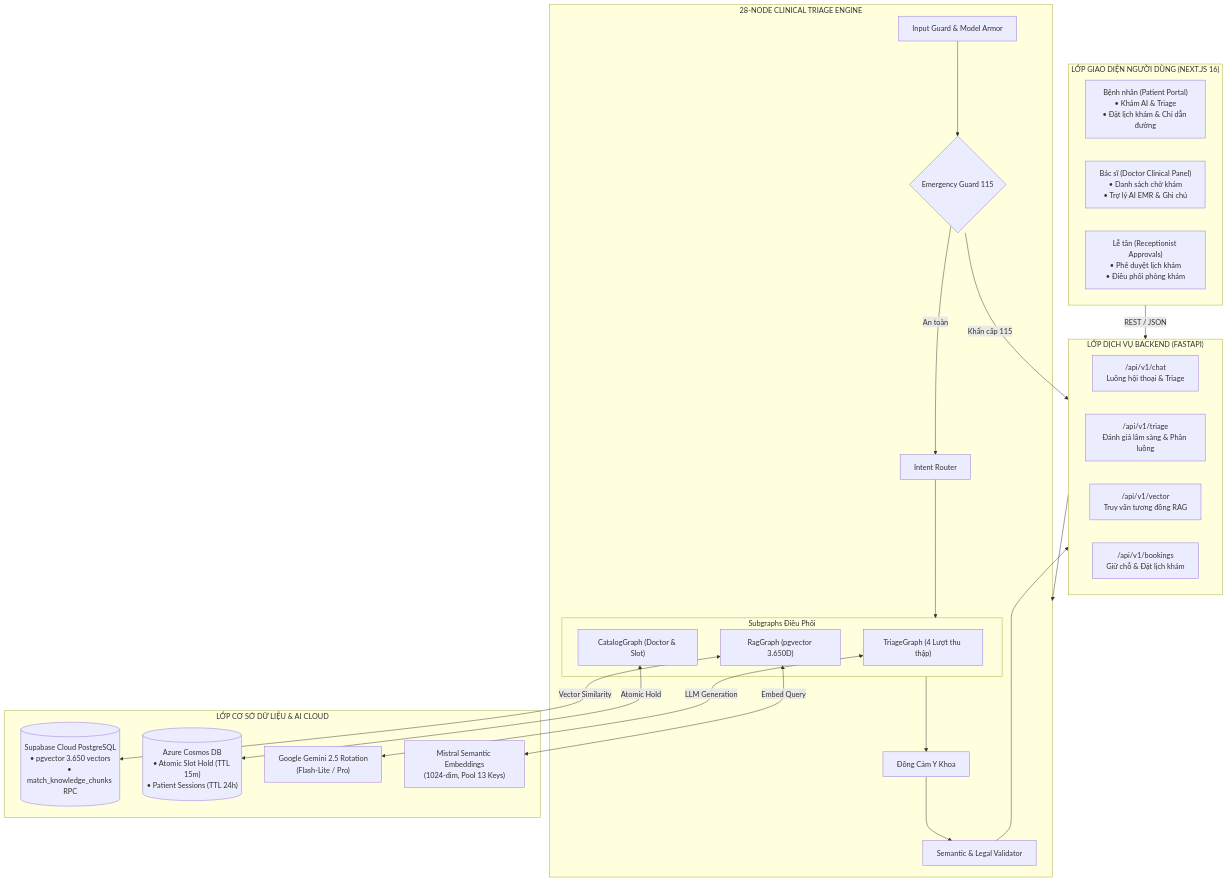
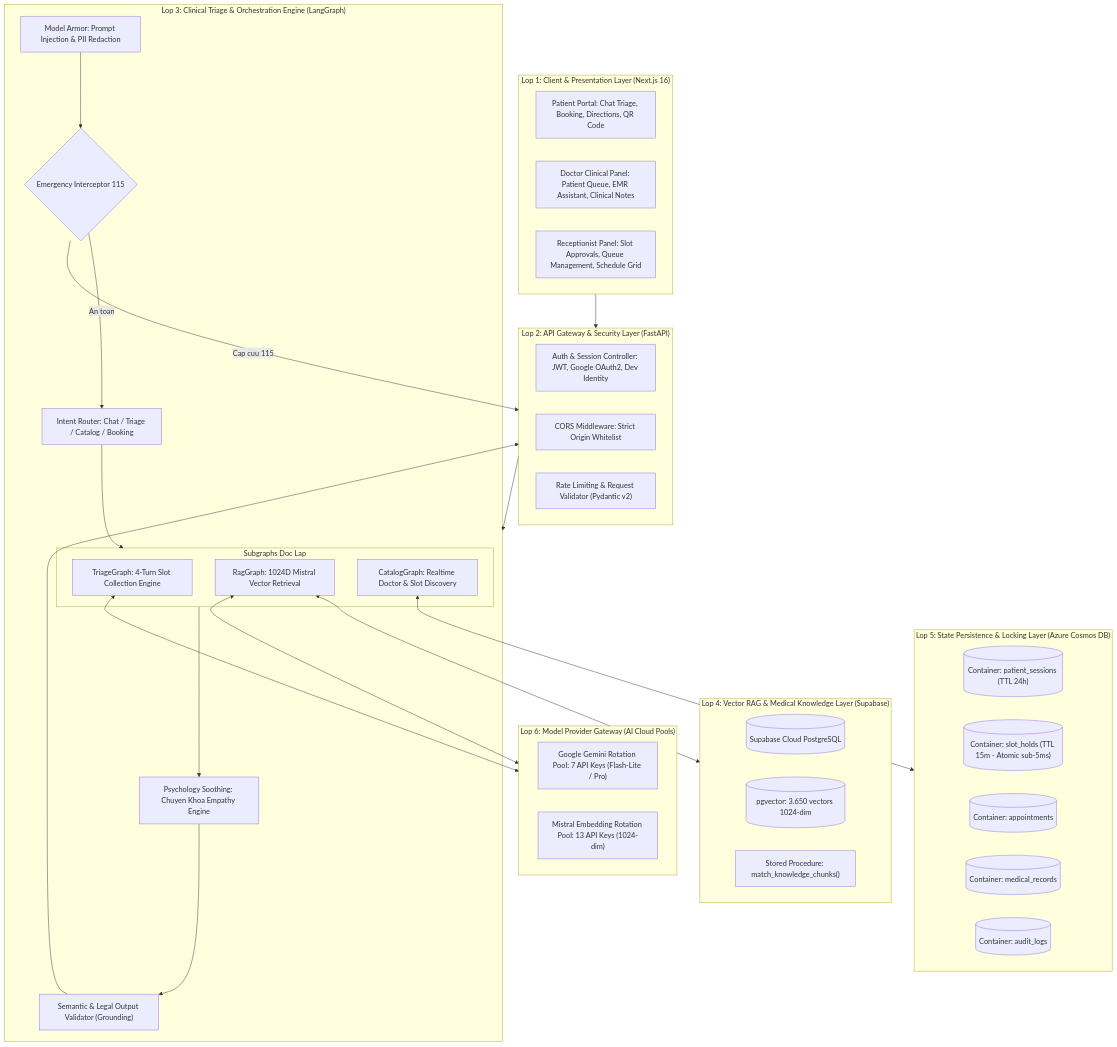
Before and after one commit to Namnguyen3008/vmec-web-ui: the second of 6 diagrams in ARCHITECTURE.md, drawn with Mermaid. The commit also changed other lines of this file, not shown here.

Commit message:
docs: update comprehensive architecture document

````diff
--- a/ARCHITECTURE.md
+++ b/ARCHITECTURE.md
@@ -18,52 +37,63 @@
 ```mermaid
 graph TB
-    subgraph ClientLayer["LỚP GIAO DIỆN NGƯỜI DÙNG (NEXT.JS 16)"]
-        PatientUI["Bệnh nhân (Patient Portal)<br/>• Khám AI & Triage<br/>• Đặt lịch khám & Chỉ dẫn đường"]
-        DoctorUI["Bác sĩ (Doctor Clinical Panel)<br/>• Danh sách chờ khám<br/>• Trợ lý AI EMR & Ghi chú"]
-        StaffUI["Lễ tân (Receptionist Approvals)<br/>• Phê duyệt lịch khám<br/>• Điều phối phòng khám"]
+    subgraph Layer1["Lop 1: Client & Presentation Layer (Next.js 16)"]
+        PatientApp["Patient Portal: Chat Triage, Booking, Directions, QR Code"]
+        DoctorApp["Doctor Clinical Panel: Patient Queue, EMR Assistant, Clinical Notes"]
+        StaffApp["Receptionist Panel: Slot Approvals, Queue Management, Schedule Grid"]
     end
 
-    subgraph APILayer["LỚP DỊCH VỤ BACKEND (FASTAPI)"]
-        ChatRoute["/api/v1/chat<br/>Luồng hội thoại & Triage"]
-        TriageRoute["/api/v1/triage<br/>Đánh giá lâm sàng & Phân luồng"]
-        VectorRoute["/api/v1/vector<br/>Truy vấn tương đồng RAG"]
-        BookingRoute["/api/v1/bookings<br/>Giữ chỗ & Đặt lịch khám"]
+    subgraph Layer2["Lop 2: API Gateway & Security Layer (FastAPI)"]
+        AuthModule["Auth & Session Controller: JWT, Google OAuth2, Dev Identity"]
+        CORSModule["CORS Middleware: Strict Origin Whitelist"]
+        RateLimit["Rate Limiting & Request Validator (Pydantic v2)"]
     end
 
-    subgraph AgentLayer["28-NODE CLINICAL TRIAGE ENGINE"]
-        InputGuard["Input Guard & Model Armor"]
-        EmergencyCheck{"Emergency Guard 115"}
-        IntentRouter["Intent Router"]
+    subgraph Layer3["Lop 3: Clinical Triage & Orchestration Engine (LangGraph)"]
+        ArmorNode["Model Armor: Prompt Injection & PII Redaction"]
+        EmergencyNode{"Emergency Interceptor 115"}
+        IntentRouter["Intent Router: Chat / Triage / Catalog / Booking"]
         
-        subgraph Subgraphs["Subgraphs Điều Phối"]
-            TriageSub["TriageGraph (4 Lượt thu thập)"]
-            RagSub["RagGraph (pgvector 3.650D)"]
-            CatalogSub["CatalogGraph (Doctor & Slot)"]
+        subgraph SubgraphCluster["Subgraphs Doc Lap"]
+            TriageSub["TriageGraph: 4-Turn Slot Collection Engine"]
+            RagSub["RagGraph: 1024D Mistral Vector Retrieval"]
+            CatalogSub["CatalogGraph: Realtime Doctor & Slot Discovery"]
         end
         
-        Psychology["Đồng Cảm Y Khoa"]
-        OutputValidator["Semantic & Legal Validator"]
+        PsychologyNode["Psychology Soothing: Chuyen Khoa Empathy Engine"]
+        ValidatorNode["Semantic & Legal Output Validator (Grounding)"]
     end
 
-    subgraph DataCloud["LỚP CƠ SỞ DỮ LIỆU & AI CLOUD"]
-        SupabaseDB[("Supabase Cloud PostgreSQL<br/>• pgvector 3.650 vectors<br/>• match_knowledge_chunks RPC")]
-        CosmosDB[("Azure Cosmos DB<br/>• Atomic Slot Hold (TTL 15m)<br/>• Patient Sessions (TTL 24h)")]
-        GeminiPool["Google Gemini 2.5 Rotation<br/>(Flash-Lite / Pro)"]
-        MistralPool["Mistral Semantic Embeddings<br/>(1024-dim, Pool 13 Keys)"]
+    subgraph Layer4["Lop 4: Vector RAG & Medical Knowledge Layer (Supabase)"]
+        SupabasePostgres[("Supabase Cloud PostgreSQL")]
+        PgVectorExtension[("pgvector: 3.650 vectors 1024-dim")]
+        StoredRPC["Stored Procedure: match_knowledge_chunks()"]
     end
 
-    ClientLayer -->|REST / JSON| APILayer
-    APILayer --> AgentLayer
-    InputGuard --> EmergencyCheck
-    EmergencyCheck -->|Khẩn cấp 115| APILayer
-    EmergencyCheck -->|An toàn| IntentRouter
-    IntentRouter --> Subgraphs
-    Subgraphs --> Psychology
-    Psychology --> OutputValidator
-    OutputValidator --> APILayer
+    subgraph Layer5["Lop 5: State Persistence & Locking Layer (Azure Cosmos DB)"]
+        SessionContainer[("Container: patient_sessions (TTL 24h)")]
+        SlotHoldContainer[("Container: slot_holds (TTL 15m - Atomic sub-5ms)")]
+        BookingContainer[("Container: appointments")]
+        RecordContainer[("Container: medical_records")]
+        AuditContainer[("Container: audit_logs")]
+    end
 
-    RagSub <-->|Vector Similarity| SupabaseDB
-    RagSub <-->|Embed Query| MistralPool
-    TriageSub <-->|LLM Generation| GeminiPool
-    CatalogSub <-->|Atomic Hold| CosmosDB
+    subgraph Layer6["Lop 6: Model Provider Gateway (AI Cloud Pools)"]
+        GeminiPool["Google Gemini Rotation Pool: 7 API Keys (Flash-Lite / Pro)"]
+        MistralPool["Mistral Embedding Rotation Pool: 13 API Keys (1024-dim)"]
+    end
+
+    Layer1 --> Layer2
+    Layer2 --> Layer3
+    ArmorNode --> EmergencyNode
+    EmergencyNode -->|Cap cuu 115| Layer2
+    EmergencyNode -->|An toan| IntentRouter
+    IntentRouter --> SubgraphCluster
+    SubgraphCluster --> PsychologyNode
+    PsychologyNode --> ValidatorNode
+    ValidatorNode --> Layer2
+
+    RagSub <--> Layer4
+    CatalogSub <--> Layer5
+    TriageSub <--> Layer6
+    RagSub <--> Layer6
 ```
````
